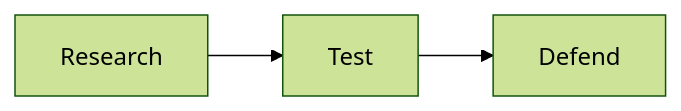
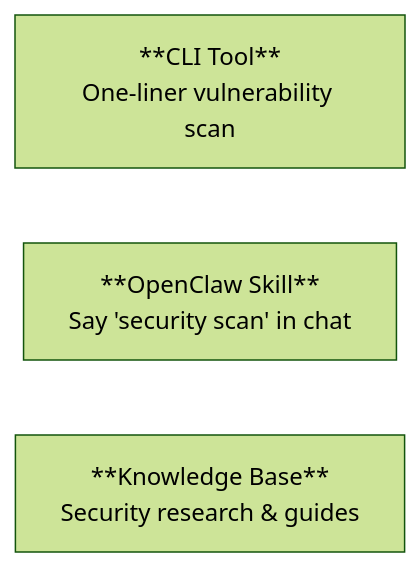
One commit to Komlock-lab/openclaw-security changed the diagram in README.md. Above: the diagram before and after it, drawn with Mermaid (forest theme). The commit also changed other lines of this file and 7 other files, not shown here.

````diff
--- a/README.md
+++ b/README.md
@@ -18,4 +9,6 @@
 ```mermaid
 graph LR
-    A["Research"] --> B["Test"] --> C["Defend"]
+    A["**CLI Tool**\nOne-liner vulnerability scan"]
+    B["**OpenClaw Skill**\nSay 'security scan' in chat"]
+    C["**Knowledge Base**\nSecurity research & guides"]
 ```
````
